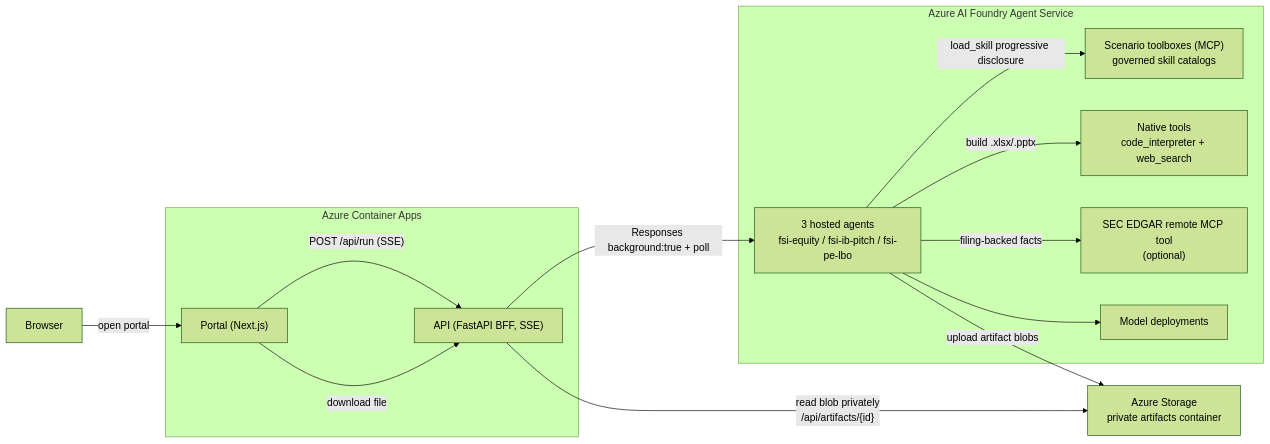
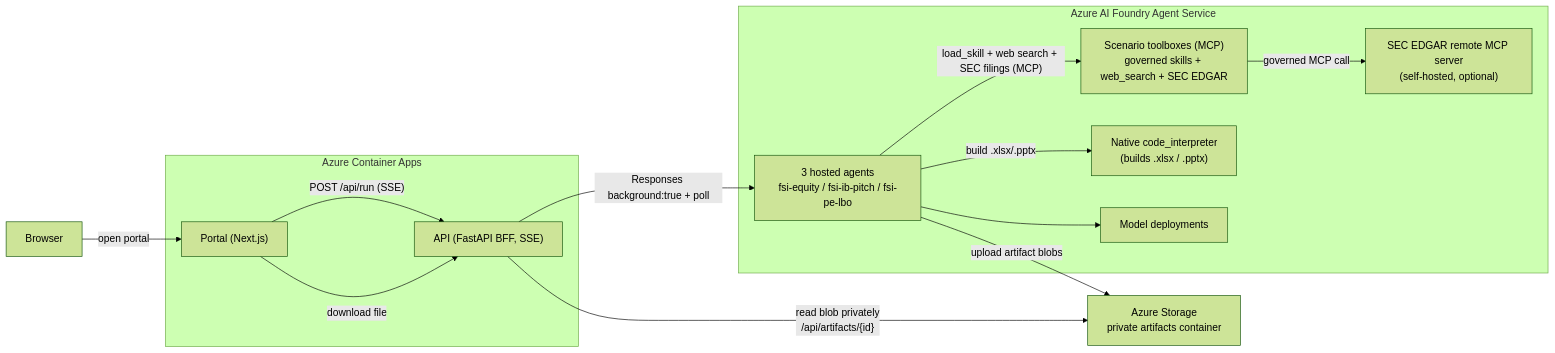
Before and after one commit to samsonlee0907/anthropic-fsi-skill-demo-with-ghcp: the diagram in README.md, drawn with Mermaid (forest theme). The commit also changed other lines of this file and 5 other files, not shown here.

First line of the commit message:
Route web_search + SEC EDGAR through the governed toolbox

````diff
--- a/README.md
+++ b/README.md
@@ -79,30 +79,30 @@
 ```mermaid
 flowchart LR
     Browser["Browser"]
 
     subgraph ACA["Azure Container Apps"]
         Portal["Portal (Next.js)"]
         API["API (FastAPI BFF, SSE)"]
     end
 
     subgraph Foundry["Azure AI Foundry Agent Service"]
         HostedAgents["3 hosted agents<br/>fsi-equity / fsi-ib-pitch / fsi-pe-lbo"]
-        Toolbox["Scenario toolboxes (MCP)<br/>governed skill catalogs"]
-        NativeTools["Native tools<br/>code_interpreter + web_search"]
-        SECTools["SEC EDGAR remote MCP tool<br/>(optional)"]
+        Toolbox["Scenario toolboxes (MCP)<br/>governed skills + web_search + SEC EDGAR"]
+        NativeCI["Native code_interpreter<br/>(builds .xlsx / .pptx)"]
+        SECServer["SEC EDGAR remote MCP server<br/>(self-hosted, optional)"]
         Models["Model deployments"]
     end
 
     Storage["Azure Storage<br/>private artifacts container"]
 
     Browser -->|"open portal"| Portal
     Portal -->|"POST /api/run (SSE)"| API
     API -->|"Responses background:true + poll"| HostedAgents
     HostedAgents --> Models
-    HostedAgents -->|"load_skill progressive disclosure"| Toolbox
-    HostedAgents -->|"filing-backed facts"| SECTools
-    HostedAgents -->|"build .xlsx/.pptx"| NativeTools
+    HostedAgents -->|"load_skill + web search + SEC filings (MCP)"| Toolbox
+    Toolbox -->|"governed MCP call"| SECServer
+    HostedAgents -->|"build .xlsx/.pptx"| NativeCI
     HostedAgents -->|"upload artifact blobs"| Storage
     API -->|"read blob privately<br/>/api/artifacts/{id}"| Storage
     Portal -->|"download file"| API
 ```
````
